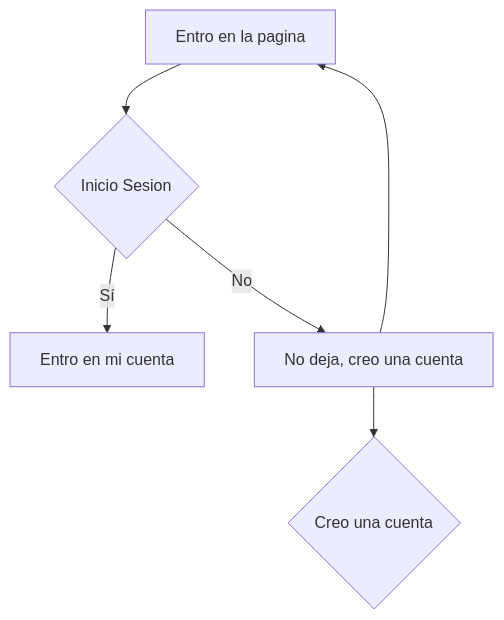
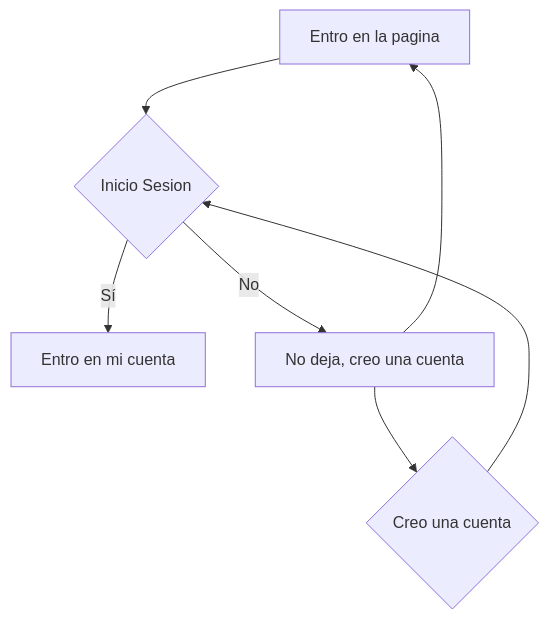
The second of 2 diagrams in README.md (MyNameIsAlecs/Kahoot-UML), drawn with Mermaid before and after one commit.

````diff
--- a/README.md
+++ b/README.md
@@ -56,8 +56,9 @@
 ```mermaid
 flowchart
     A[Entro en la pagina] --> B{Inicio Sesion}
     B -->|Sí| C[Entro en mi cuenta]
     B -->|No| D[No deja, creo una cuenta]
     D --> E{Creo una cuenta}
+    E --> B
     D --> A
 ```
````
